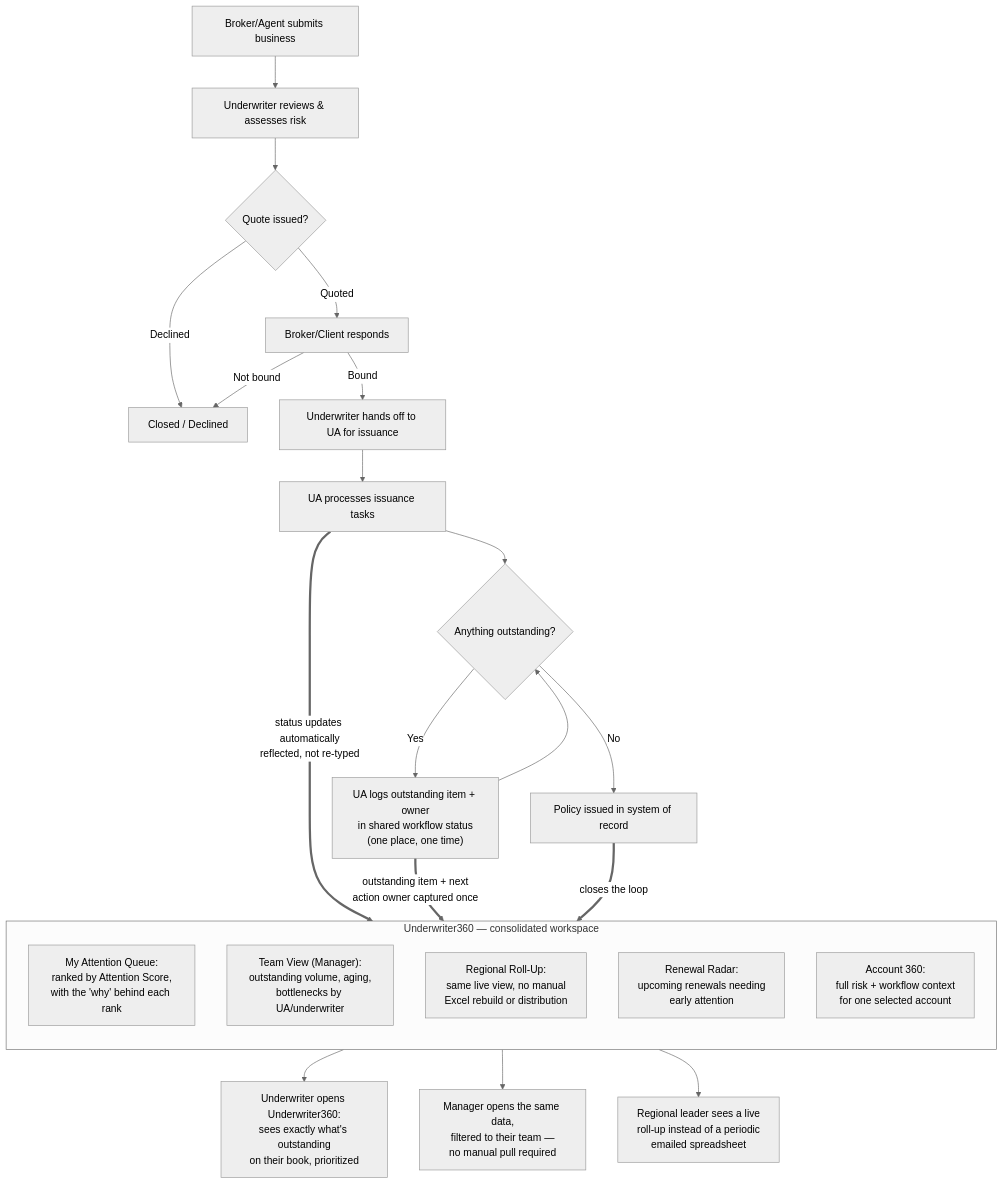
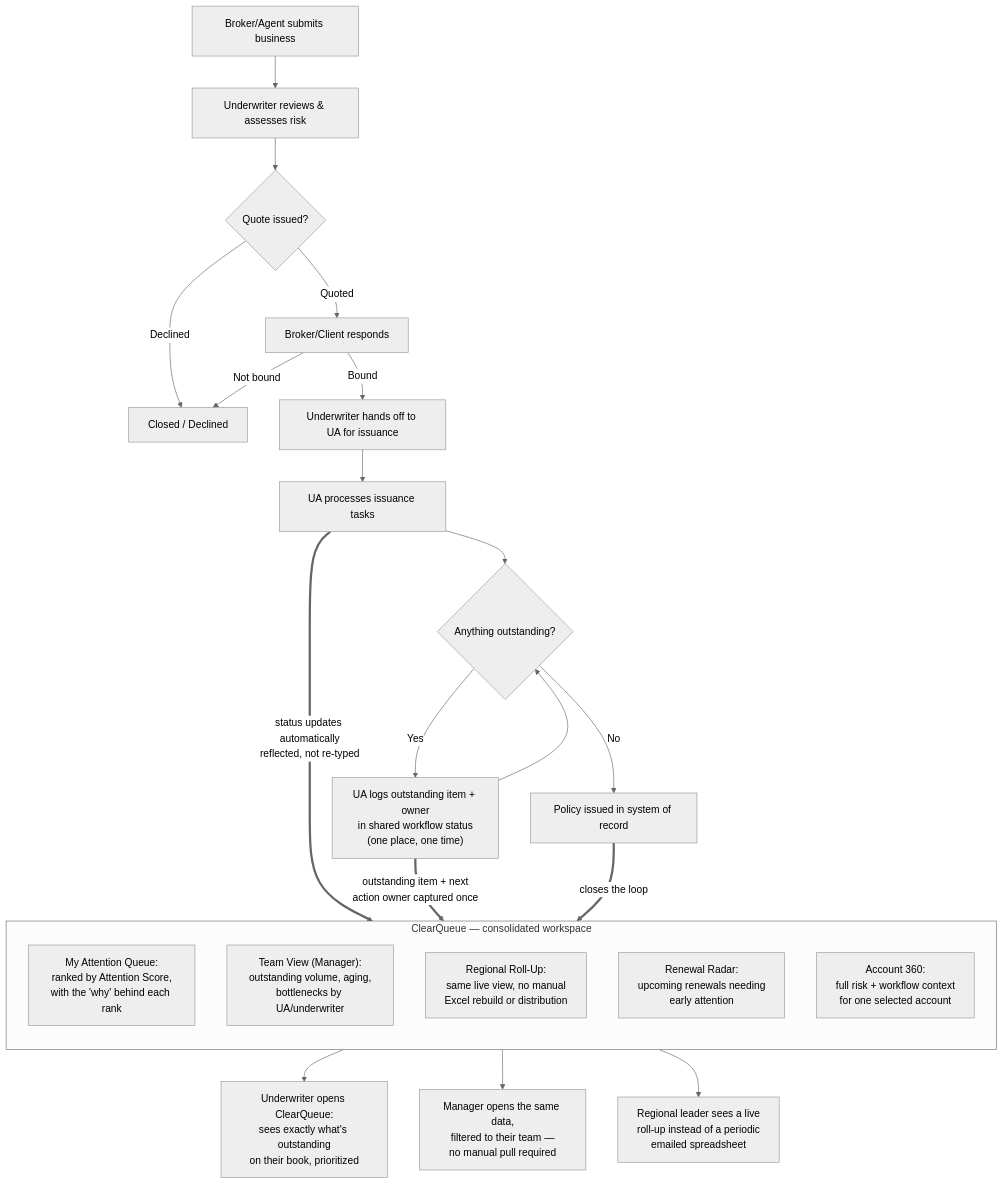
Before and after one commit to NylaRivarde/clearqueue: the diagram in process-maps/future_state_process_map.md, drawn with Mermaid (neutral theme). The commit also changed other lines of this file and 12 other files, not shown here.

First line of the commit message:
Rename project: Underwriter360 -> ClearQueue

````diff
--- a/process-maps/future_state_process_map.md
+++ b/process-maps/future_state_process_map.md
@@ -9,31 +9,31 @@
 ```mermaid
 flowchart TD
     A["Broker/Agent submits business"] --> B["Underwriter reviews & assesses risk"]
     B --> C{Quote issued?}
     C -- "Declined" --> Z["Closed / Declined"]
     C -- "Quoted" --> D["Broker/Client responds"]
     D -- "Not bound" --> Z
     D -- "Bound" --> E["Underwriter hands off to UA for issuance"]
     E --> F["UA processes issuance tasks"]
     F --> G{Anything outstanding?}
     G -- "Yes" --> H["UA logs outstanding item + owner\nin shared workflow status\n(one place, one time)"]
     H --> G
     G -- "No" --> I["Policy issued in system of record"]
 
     F == "status updates automatically\nreflected, not re-typed" ==> U360
     H == "outstanding item + next\naction owner captured once" ==> U360
     I == "closes the loop" ==> U360
 
-    subgraph U360["Underwriter360 — consolidated workspace"]
+    subgraph U360["ClearQueue — consolidated workspace"]
         direction TB
         W1["My Attention Queue:\nranked by Attention Score,\nwith the 'why' behind each rank"]
         W2["Team View (Manager):\noutstanding volume, aging,\nbottlenecks by UA/underwriter"]
         W3["Regional Roll-Up:\nsame live view, no manual\nExcel rebuild or distribution"]
         W4["Renewal Radar:\nupcoming renewals needing\nearly attention"]
         W5["Account 360:\nfull risk + workflow context\nfor one selected account"]
     end
 
-    U360 --> V1["Underwriter opens Underwriter360:\nsees exactly what's outstanding\non their book, prioritized"]
+    U360 --> V1["Underwriter opens ClearQueue:\nsees exactly what's outstanding\non their book, prioritized"]
     U360 --> V2["Manager opens the same data,\nfiltered to their team —\nno manual pull required"]
     U360 --> V3["Regional leader sees a live\nroll-up instead of a periodic\nemailed spreadsheet"]
 ```
````
